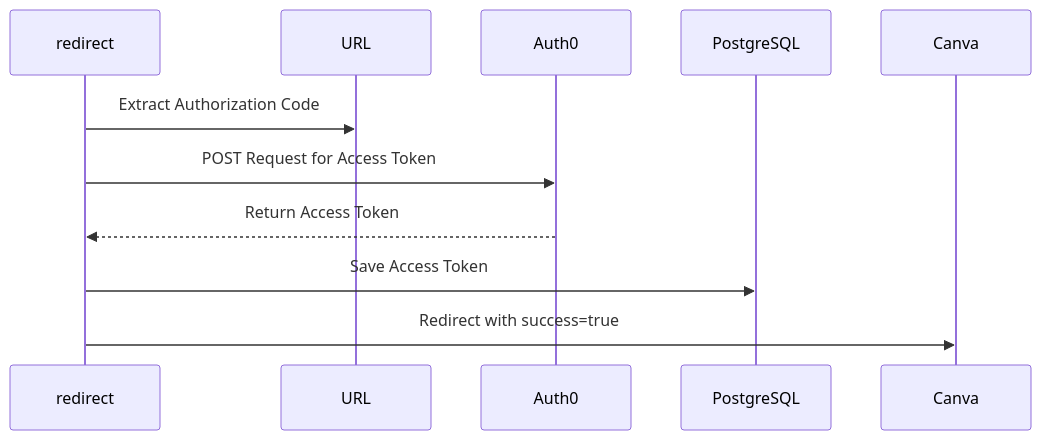
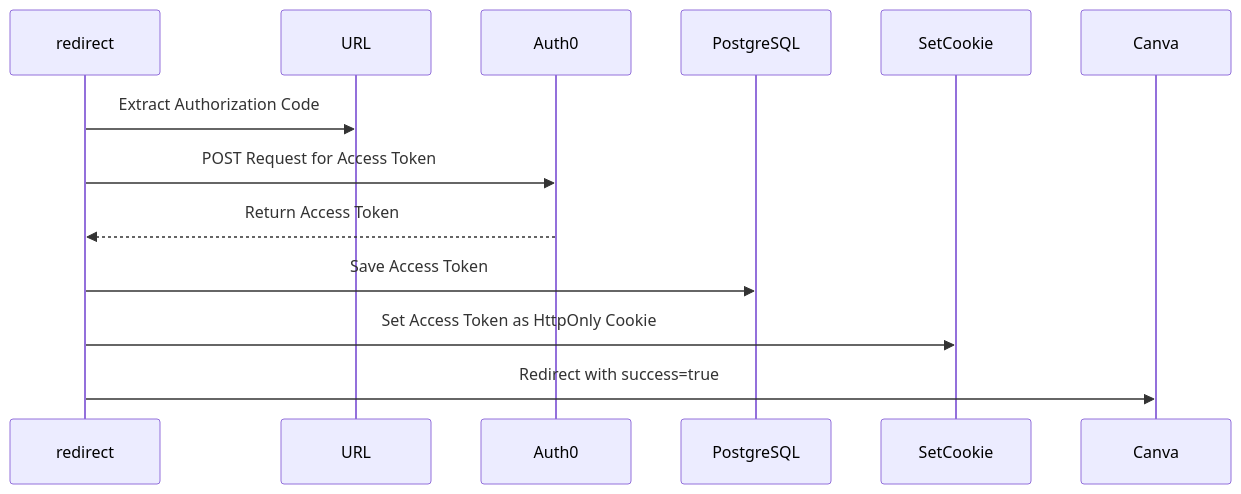
One commit to DannyGZhang/NFT-market-palce-system-design changed the fifth of 9 diagrams in designAuthentication.md. Above: the diagram before and after it, drawn with Mermaid. The commit also changed other lines of this file, not shown here.

````diff
--- a/designAuthentication.md
+++ b/designAuthentication.md
@@ -84,8 +93,9 @@
 ```mermaid
 sequenceDiagram
     redirect->>URL: Extract Authorization Code
     redirect->>Auth0: POST Request for Access Token
     Auth0-->>redirect: Return Access Token
     redirect->>PostgreSQL: Save Access Token
+    redirect->>SetCookie: Set Access Token as HttpOnly Cookie
     redirect->>Canva: Redirect with success=true
 ```
````
